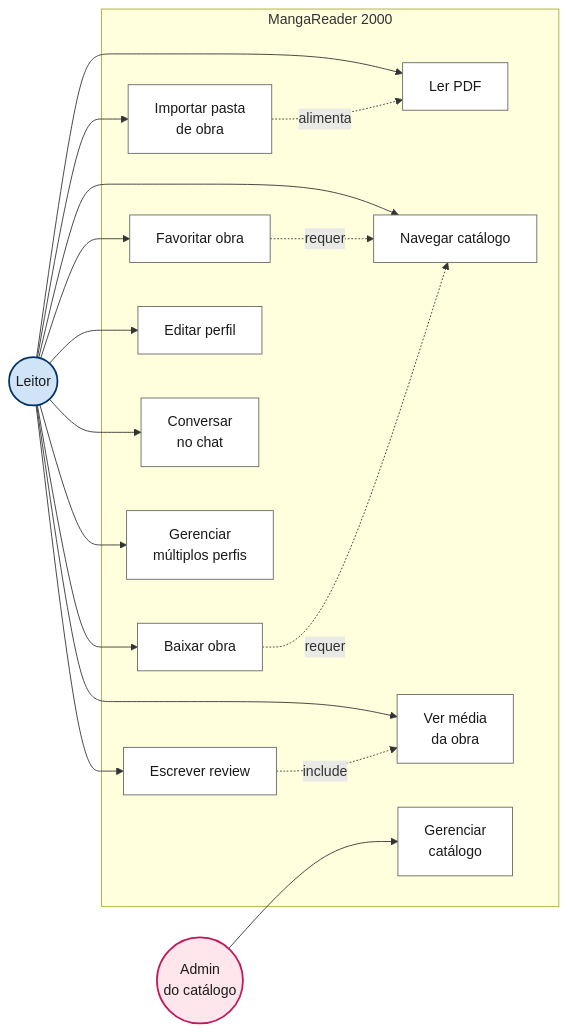
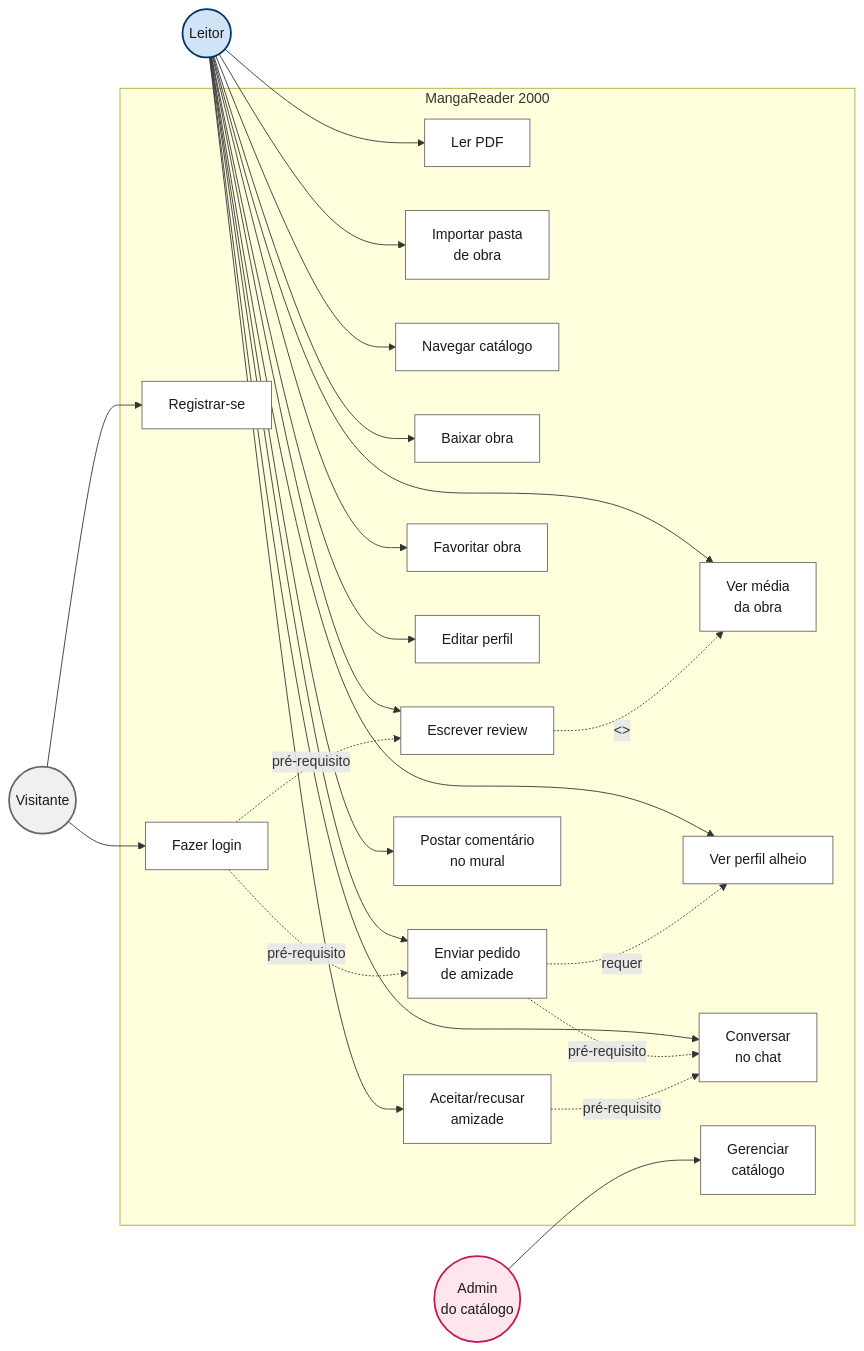
Before and after one commit to lordepeter/PDF_Reader: the third of 4 diagrams in README.md, drawn with Mermaid. The commit also changed other lines of this file, not shown here.

````diff
--- a/README.md
+++ b/README.md
@@ -146,51 +254,69 @@
 ```mermaid
 graph LR
+    Visitante((Visitante))
     Leitor((Leitor))
     Admin((Admin<br/>do catálogo))
 
     subgraph MangaReader 2000
-        UC1[Ler PDF]
-        UC2[Importar pasta<br/>de obra]
-        UC3[Navegar catálogo]
-        UC4[Baixar obra]
-        UC5[Escrever review]
-        UC6[Ver média<br/>da obra]
-        UC7[Favoritar obra]
-        UC8[Editar perfil]
-        UC9[Conversar<br/>no chat]
-        UC10[Gerenciar<br/>múltiplos perfis]
-        UC11[Gerenciar<br/>catálogo]
+        UC1[Registrar-se]
+        UC2[Fazer login]
+        UC3[Ler PDF]
+        UC4[Importar pasta<br/>de obra]
+        UC5[Navegar catálogo]
+        UC6[Baixar obra]
+        UC7[Escrever review]
+        UC8[Ver média<br/>da obra]
+        UC9[Favoritar obra]
+        UC10[Editar perfil]
+        UC11[Enviar pedido<br/>de amizade]
+        UC12[Aceitar/recusar<br/>amizade]
+        UC13[Ver perfil alheio]
+        UC14[Postar comentário<br/>no mural]
+        UC15[Conversar<br/>no chat]
+        UC16[Gerenciar<br/>catálogo]
     end
 
-    Leitor --> UC1
-    Leitor --> UC2
+    Visitante --> UC1
+    Visitante --> UC2
     Leitor --> UC3
     Leitor --> UC4
     Leitor --> UC5
     Leitor --> UC6
     Leitor --> UC7
     Leitor --> UC8
     Leitor --> UC9
     Leitor --> UC10
+    Leitor --> UC11
+    Leitor --> UC12
+    Leitor --> UC13
+    Leitor --> UC14
+    Leitor --> UC15
+    Admin --> UC16
 
-    Admin --> UC11
+    UC2 -.->|pré-requisito| UC7
+    UC2 -.->|pré-requisito| UC11
+    UC11 -.->|pré-requisito| UC15
+    UC12 -.->|pré-requisito| UC15
+    UC7 -.->|<<include>>| UC8
+    UC11 -.->|requer| UC13
 
-    UC5 -.->|include| UC6
-    UC7 -.->|requer| UC3
-    UC4 -.->|requer| UC3
-    UC2 -.->|alimenta| UC1
-
+    style Visitante fill:#F0F0F0,stroke:#666666,stroke-width:2px,color:#1a1a1a
     style Leitor fill:#D0E3F7,stroke:#003366,stroke-width:2px,color:#1a1a1a
     style Admin fill:#FFE5EC,stroke:#C2185B,stroke-width:2px,color:#1a1a1a
     style UC1 fill:#FFFFFF,stroke:#666666,color:#1a1a1a
     style UC2 fill:#FFFFFF,stroke:#666666,color:#1a1a1a
     style UC3 fill:#FFFFFF,stroke:#666666,color:#1a1a1a
     style UC4 fill:#FFFFFF,stroke:#666666,color:#1a1a1a
     style UC5 fill:#FFFFFF,stroke:#666666,color:#1a1a1a
     style UC6 fill:#FFFFFF,stroke:#666666,color:#1a1a1a
     style UC7 fill:#FFFFFF,stroke:#666666,color:#1a1a1a
     style UC8 fill:#FFFFFF,stroke:#666666,color:#1a1a1a
     style UC9 fill:#FFFFFF,stroke:#666666,color:#1a1a1a
     style UC10 fill:#FFFFFF,stroke:#666666,color:#1a1a1a
     style UC11 fill:#FFFFFF,stroke:#666666,color:#1a1a1a
+    style UC12 fill:#FFFFFF,stroke:#666666,color:#1a1a1a
+    style UC13 fill:#FFFFFF,stroke:#666666,color:#1a1a1a
+    style UC14 fill:#FFFFFF,stroke:#666666,color:#1a1a1a
+    style UC15 fill:#FFFFFF,stroke:#666666,color:#1a1a1a
+    style UC16 fill:#FFFFFF,stroke:#666666,color:#1a1a1a
 ```
````
